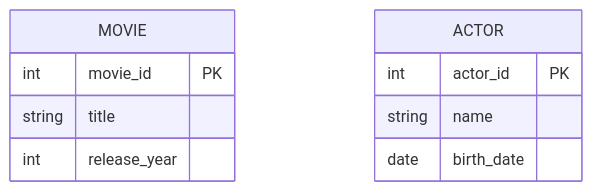
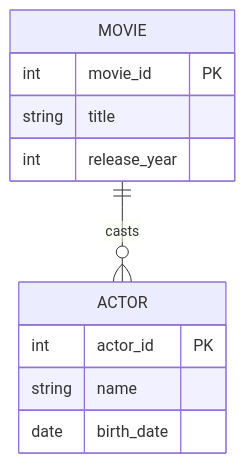
The diagram in Obsidian_Vault/2-Academic/Autumn 2025/Database_Systems/3_Relational_Model_And_Database_Design/Strong_Entity_Type.md (DagimAlemayehuu/Ater), drawn with Mermaid before and after one commit. The commit also changed other lines of this file and 41 other files, not shown here.

````diff
--- a/Obsidian_Vault/2-Academic/Autumn 2025/Database_Systems/3_Relational_Model_And_Database_Design/Strong_Entity_Type.md
+++ b/Obsidian_Vault/2-Academic/Autumn 2025/Database_Systems/3_Relational_Model_And_Database_Design/Strong_Entity_Type.md
@@ -33,13 +32,14 @@
 ```mermaid
 erDiagram
+    MOVIE ||--o{ ACTOR : "casts"
     MOVIE {
         int movie_id PK
         string title
         int release_year
     }
     ACTOR {
         int actor_id PK
         string name
         date birth_date
     }
 ```
````
